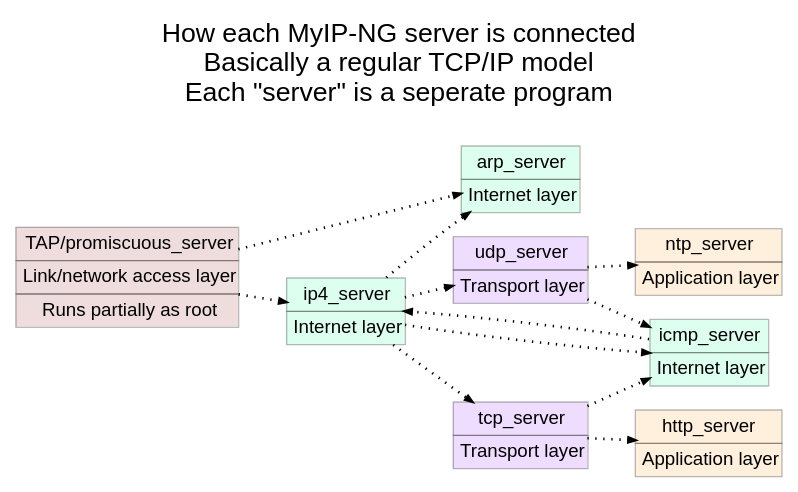
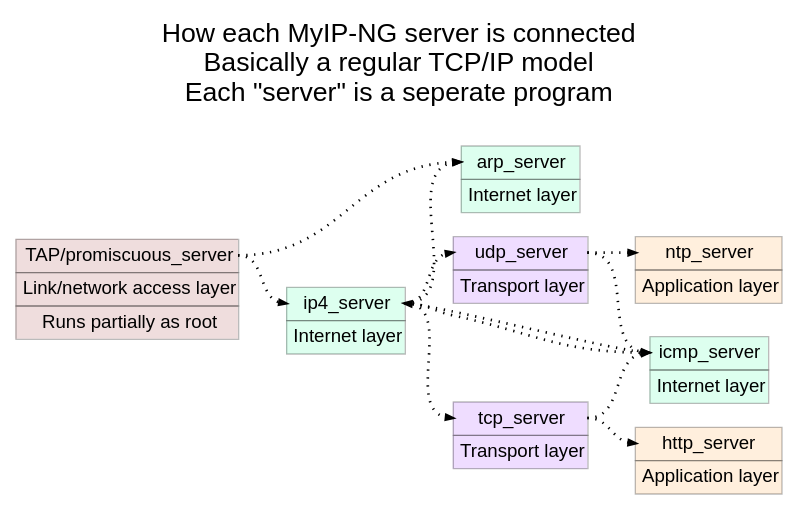
Before and after one commit to folkertvanheusden/MyIP-NG: the diagram in docs/setup.gv, drawn with Graphviz.

Commit message:
arrows fix

```diff
--- a/docs/setup.gv
+++ b/docs/setup.gv
@@ -1,102 +1,102 @@
 digraph myip_ng {
 	graph [
 		label = "How each MyIP-NG server is connected\nBasically a regular TCP/IP model\nEach \"server\" is a seperate program\n\n"
 		labelloc = t
 		fontname = "Helvetica,Arial,sans-serif"
 		fontsize = 20
 		layout = dot
 		rankdir = LR
 		newrank = true
 	]
 	node [
 		style=filled
 		shape=rect
 		pencolor="#00000044" // frames color
 		fontname="Helvetica,Arial,sans-serif"
 		shape=plaintext
 	]
 	edge [
 		arrowsize=0.5
 		fontname="Helvetica,Arial,sans-serif"
 		labeldistance=3
 		labelfontcolor="#00000080"
 		penwidth=2
 		style=dotted // dotted style symbolizes data transfer
 	]
 	"tap/promiscuous_server" [
 		color="#88000022"
 		label=<<table border="0" cellborder="1" cellspacing="0" cellpadding="4">
-			<tr><td>TAP/promiscuous_server</td></tr>
+			<tr><td port="name">TAP/promiscuous_server</td></tr>
 			<tr><td>Link/network access layer</td></tr>
 			<tr><td>Runs partially as root</td></tr>
 		</table>>
 		shape=plain
 	]
 	"arp_server" [
 		fillcolor="#00ff8822"
 		label=<<table border="0" cellborder="1" cellspacing="0" cellpadding="4">
-			<tr><td>arp_server</td></tr>
+			<tr><td port="name">arp_server</td></tr>
 			<tr><td>Internet layer</td></tr>
 		</table>>
 		shape=plain
 	]
 	"ip4_server" [
 		fillcolor="#00ff8822"
 		label=<<table border="0" cellborder="1" cellspacing="0" cellpadding="4">
-			<tr><td>ip4_server</td></tr>
+			<tr><td port="name">ip4_server</td></tr>
 			<tr><td>Internet layer</td></tr>
 		</table>>
 		shape=plain
 	]
 	"icmp_server" [
 		fillcolor="#00ff8822"
 		label=<<table border="0" cellborder="1" cellspacing="0" cellpadding="4">
-			<tr><td>icmp_server</td></tr>
+			<tr><td port="name">icmp_server</td></tr>
 			<tr><td>Internet layer</td></tr>
 		</table>>
 		shape=plain
 	]
 	"tcp_server" [
 		fillcolor="#8800ff22"
 		label=<<table border="0" cellborder="1" cellspacing="0" cellpadding="4">
-			<tr><td>tcp_server</td></tr>
+			<tr><td port="name">tcp_server</td></tr>
 			<tr><td>Transport layer</td></tr>
 		</table>>
 		shape=plain
 	]
 	"udp_server" [
 		fillcolor="#8800ff22"
 		label=<<table border="0" cellborder="1" cellspacing="0" cellpadding="4">
-			<tr><td>udp_server</td></tr>
+			<tr><td port="name">udp_server</td></tr>
 			<tr><td>Transport layer</td></tr>
 		</table>>
 		shape=plain
 	]
 	"ntp_server" [
 		fillcolor="#ff880022"
 		label=<<table border="0" cellborder="1" cellspacing="0" cellpadding="4">
-			<tr><td>ntp_server</td></tr>
+			<tr><td port="name">ntp_server</td></tr>
 			<tr><td>Application layer</td></tr>
 		</table>>
 		shape=plain
 	]
 	"http_server" [
 		fillcolor="#ff880022"
 		label=<<table border="0" cellborder="1" cellspacing="0" cellpadding="4">
-			<tr><td>http_server</td></tr>
+			<tr><td port="name">http_server</td></tr>
 			<tr><td>Application layer</td></tr>
 		</table>>
 		shape=plain
 	]
-	"tap/promiscuous_server" -> "ip4_server";
-	"tap/promiscuous_server" -> "arp_server";
-	"ip4_server" -> "arp_server";
-	"ip4_server" -> "icmp_server";
-	"icmp_server" -> "ip4_server" ;
-	"ip4_server" -> "tcp_server";
-	"ip4_server" -> "udp_server";
-	"tcp_server" -> "icmp_server";
-	"tcp_server" -> "http_server";
-	"udp_server" -> "icmp_server";
-	"udp_server" -> "ntp_server";
+	"tap/promiscuous_server":name -> "ip4_server":name;
+	"tap/promiscuous_server":name -> "arp_server":name;
+	"ip4_server":name -> "arp_server":name;
+	"ip4_server":name -> "icmp_server":name;
+	"icmp_server":name -> "ip4_server":name;
+	"ip4_server":name -> "tcp_server":name;
+	"ip4_server":name -> "udp_server":name;
+	"tcp_server":name -> "icmp_server":name;
+	"tcp_server":name -> "http_server":name;
+	"udp_server":name -> "icmp_server":name;
+	"udp_server":name -> "ntp_server":name;
 }
```
